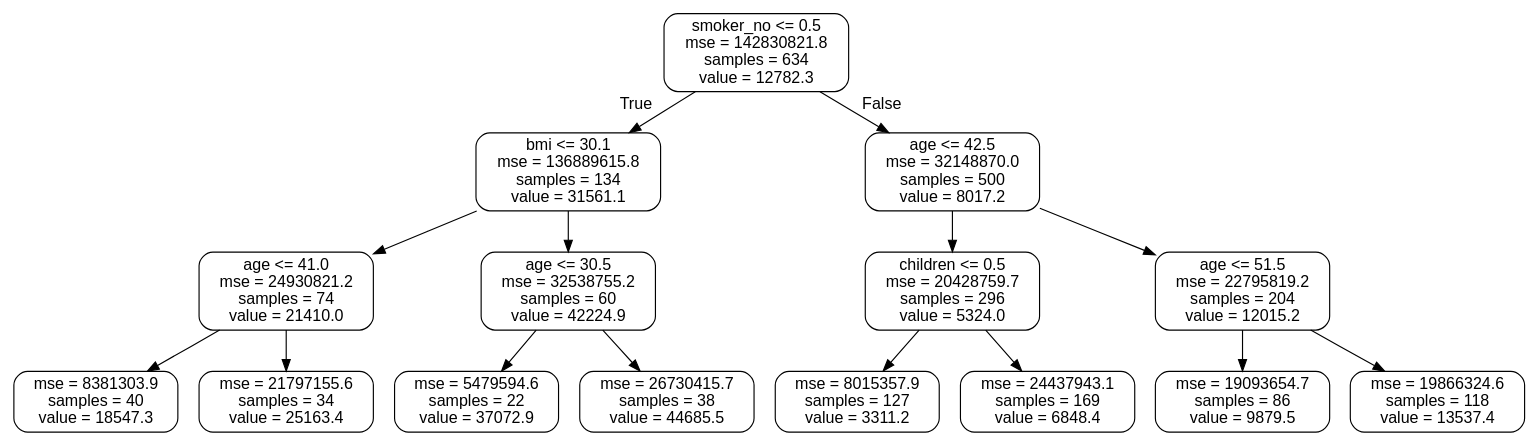
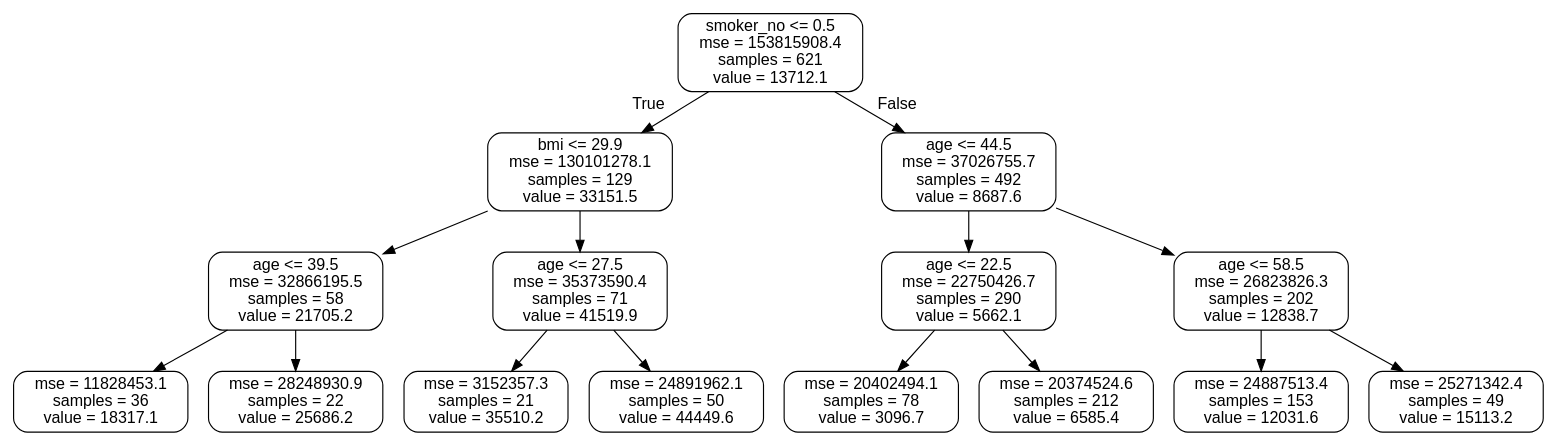
Before and after one commit to jasonzelaya/Health-Insurance-Cost-Forecast: the diagram in small_tree.dot, drawn with Graphviz. The commit also changed 4 other files, not shown here.

Commit message:
Random forests code without graphs

```diff
--- a/small_tree.dot
+++ b/small_tree.dot
@@ -1,33 +1,33 @@
 digraph Tree {
 node [shape=box, style="rounded", color="black", fontname=helvetica] ;
 edge [fontname=helvetica] ;
-0 [label="smoker_no <= 0.5\nmse = 142830821.8\nsamples = 634\nvalue = 12782.3"] ;
-1 [label="bmi <= 30.1\nmse = 136889615.8\nsamples = 134\nvalue = 31561.1"] ;
+0 [label="smoker_no <= 0.5\nmse = 153815908.4\nsamples = 621\nvalue = 13712.1"] ;
+1 [label="bmi <= 29.9\nmse = 130101278.1\nsamples = 129\nvalue = 33151.5"] ;
 0 -> 1 [labeldistance=2.5, labelangle=45, headlabel="True"] ;
-2 [label="age <= 41.0\nmse = 24930821.2\nsamples = 74\nvalue = 21410.0"] ;
+2 [label="age <= 39.5\nmse = 32866195.5\nsamples = 58\nvalue = 21705.2"] ;
 1 -> 2 ;
-3 [label="mse = 8381303.9\nsamples = 40\nvalue = 18547.3"] ;
+3 [label="mse = 11828453.1\nsamples = 36\nvalue = 18317.1"] ;
 2 -> 3 ;
-4 [label="mse = 21797155.6\nsamples = 34\nvalue = 25163.4"] ;
+4 [label="mse = 28248930.9\nsamples = 22\nvalue = 25686.2"] ;
 2 -> 4 ;
-5 [label="age <= 30.5\nmse = 32538755.2\nsamples = 60\nvalue = 42224.9"] ;
+5 [label="age <= 27.5\nmse = 35373590.4\nsamples = 71\nvalue = 41519.9"] ;
 1 -> 5 ;
-6 [label="mse = 5479594.6\nsamples = 22\nvalue = 37072.9"] ;
+6 [label="mse = 3152357.3\nsamples = 21\nvalue = 35510.2"] ;
 5 -> 6 ;
-7 [label="mse = 26730415.7\nsamples = 38\nvalue = 44685.5"] ;
+7 [label="mse = 24891962.1\nsamples = 50\nvalue = 44449.6"] ;
 5 -> 7 ;
-8 [label="age <= 42.5\nmse = 32148870.0\nsamples = 500\nvalue = 8017.2"] ;
+8 [label="age <= 44.5\nmse = 37026755.7\nsamples = 492\nvalue = 8687.6"] ;
 0 -> 8 [labeldistance=2.5, labelangle=-45, headlabel="False"] ;
-9 [label="children <= 0.5\nmse = 20428759.7\nsamples = 296\nvalue = 5324.0"] ;
+9 [label="age <= 22.5\nmse = 22750426.7\nsamples = 290\nvalue = 5662.1"] ;
 8 -> 9 ;
-10 [label="mse = 8015357.9\nsamples = 127\nvalue = 3311.2"] ;
+10 [label="mse = 20402494.1\nsamples = 78\nvalue = 3096.7"] ;
 9 -> 10 ;
-11 [label="mse = 24437943.1\nsamples = 169\nvalue = 6848.4"] ;
+11 [label="mse = 20374524.6\nsamples = 212\nvalue = 6585.4"] ;
 9 -> 11 ;
-12 [label="age <= 51.5\nmse = 22795819.2\nsamples = 204\nvalue = 12015.2"] ;
+12 [label="age <= 58.5\nmse = 26823826.3\nsamples = 202\nvalue = 12838.7"] ;
 8 -> 12 ;
-13 [label="mse = 19093654.7\nsamples = 86\nvalue = 9879.5"] ;
+13 [label="mse = 24887513.4\nsamples = 153\nvalue = 12031.6"] ;
 12 -> 13 ;
-14 [label="mse = 19866324.6\nsamples = 118\nvalue = 13537.4"] ;
+14 [label="mse = 25271342.4\nsamples = 49\nvalue = 15113.2"] ;
 12 -> 14 ;
 }
```
